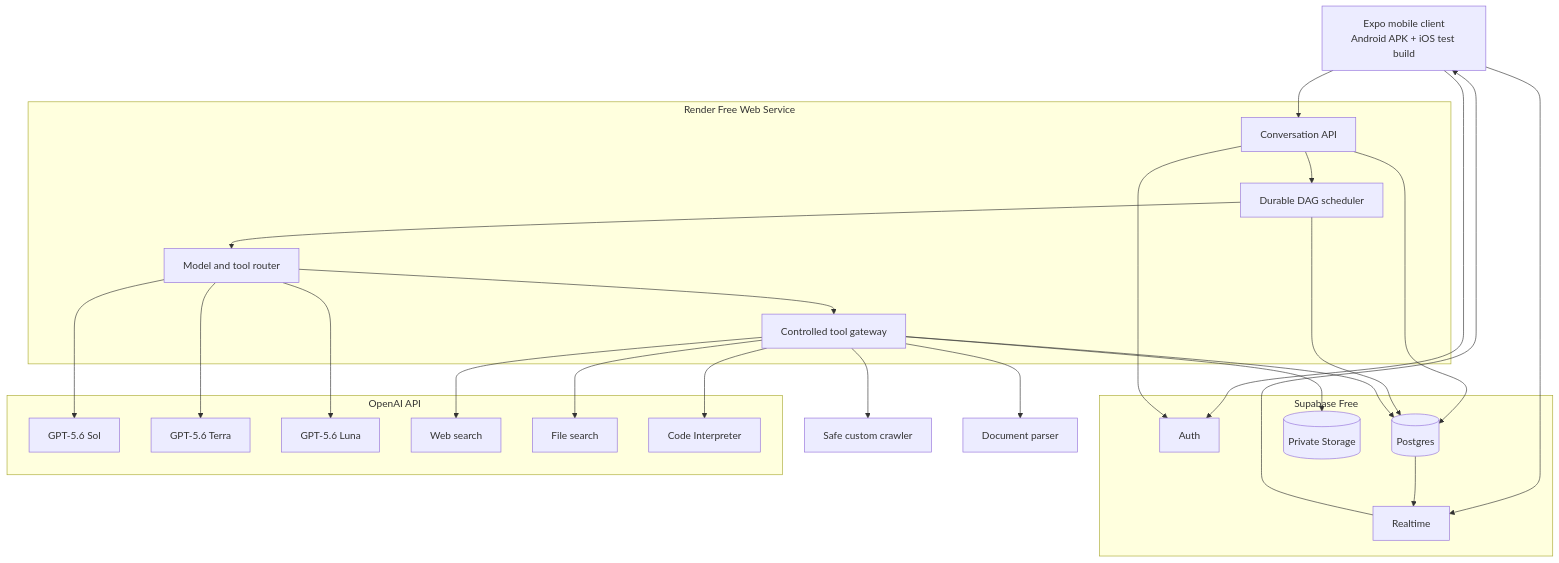
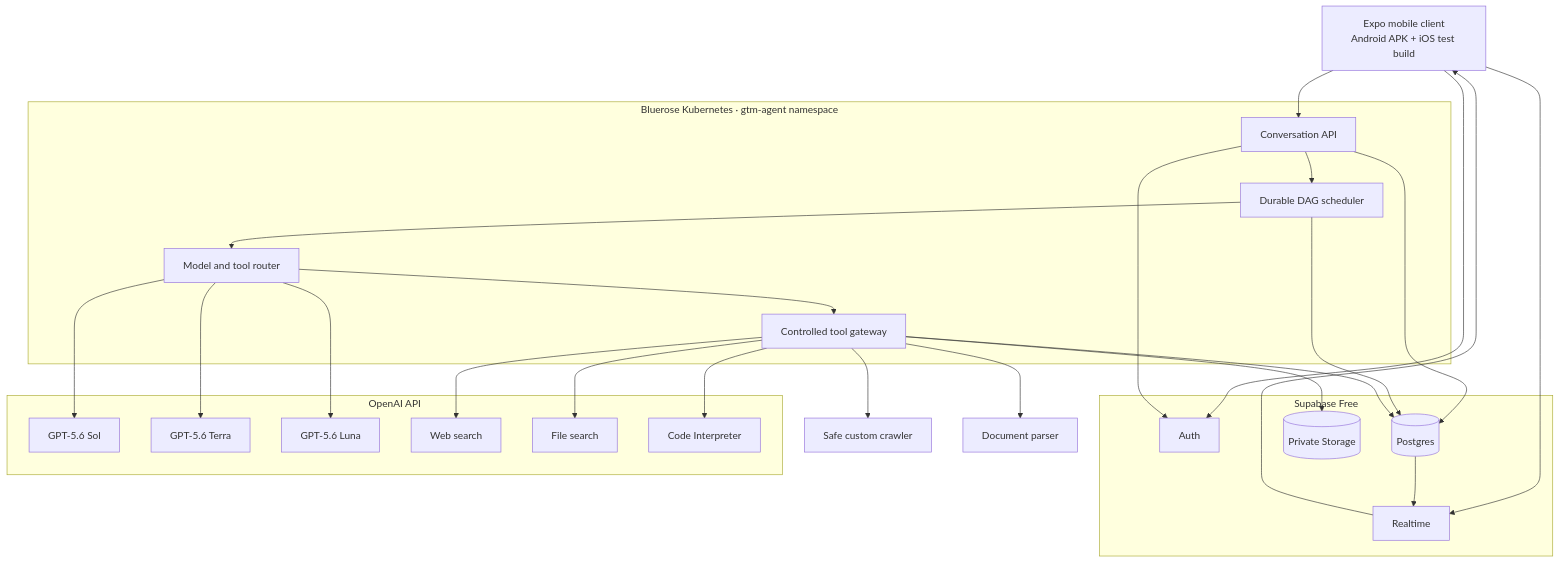
The first of 2 diagrams in docs/MVP_IMPLEMENTATION_PLAN.md (CuteDandelion/GTM-agent), drawn with Mermaid before and after one commit. The commit also changed other lines of this file and 22 other files, not shown here.

Commit message:
feat: persist GTM workspace and target Bluerose

````diff
--- a/docs/MVP_IMPLEMENTATION_PLAN.md
+++ b/docs/MVP_IMPLEMENTATION_PLAN.md
@@ -71,49 +71,49 @@
 ```mermaid
 flowchart TB
     APK["Expo mobile client\nAndroid APK + iOS test build"]
 
     subgraph Supabase["Supabase Free"]
         AUTH["Auth"]
         DB[("Postgres")]
         STORAGE[("Private Storage")]
         REALTIME["Realtime"]
     end
 
-    subgraph Render["Render Free Web Service"]
+    subgraph Bluerose["Bluerose Kubernetes · gtm-agent namespace"]
         API["Conversation API"]
         DAG["Durable DAG scheduler"]
         ROUTER["Model and tool router"]
         GATEWAY["Controlled tool gateway"]
     end
 
     subgraph OpenAI["OpenAI API"]
         SOL["GPT-5.6 Sol"]
         TERRA["GPT-5.6 Terra"]
         LUNA["GPT-5.6 Luna"]
         WEB["Web search"]
         FILES["File search"]
         CODE["Code Interpreter"]
     end
 
     APK --> AUTH
     APK --> API
     APK --> REALTIME
     API --> AUTH
     API --> DAG
     DAG --> ROUTER
     ROUTER --> SOL
     ROUTER --> TERRA
     ROUTER --> LUNA
     ROUTER --> GATEWAY
     GATEWAY --> WEB
     GATEWAY --> FILES
     GATEWAY --> CODE
     GATEWAY --> CRAWLER["Safe custom crawler"]
     GATEWAY --> DOCS["Document parser"]
     API --> DB
     DAG --> DB
     GATEWAY --> DB
     GATEWAY --> STORAGE
     DB --> REALTIME
     REALTIME --> APK
 ```
````
